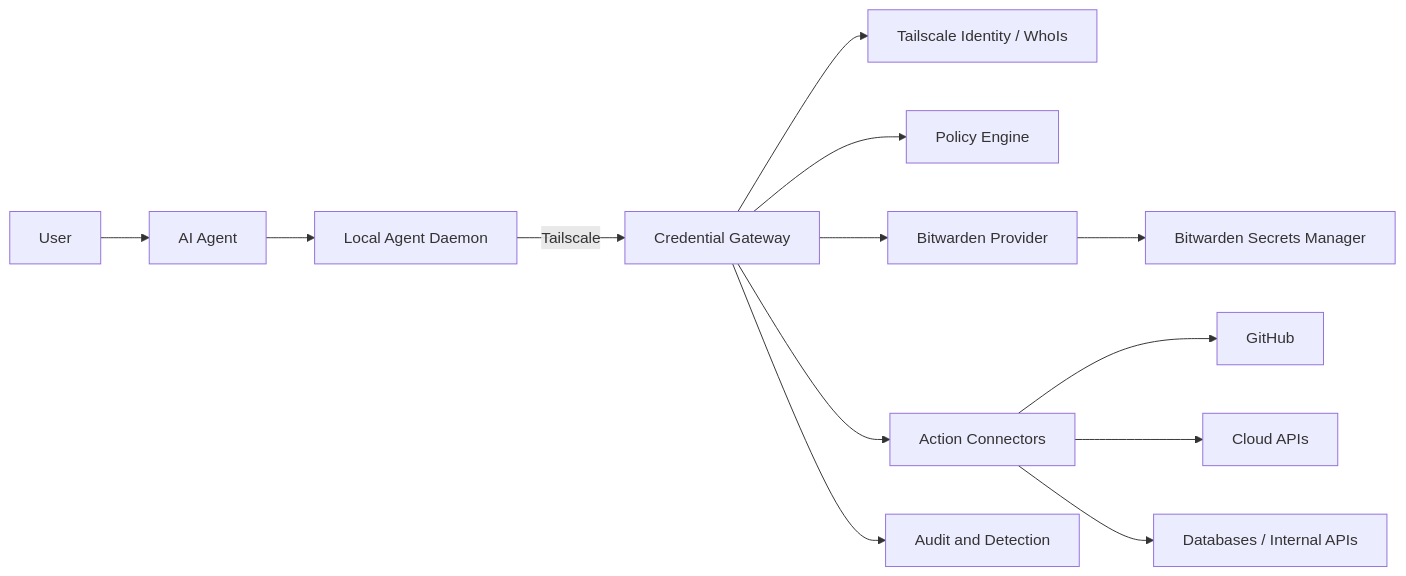
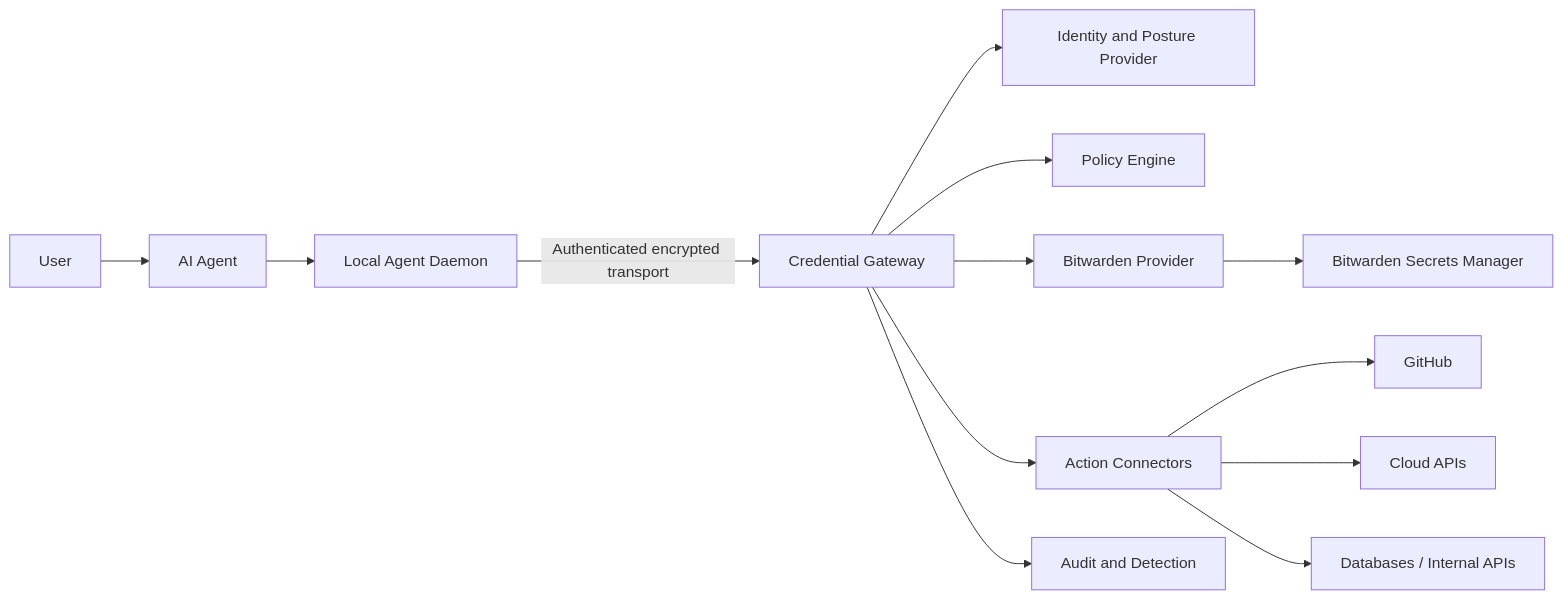
Before and after one commit to carloscn/agent-credential-firewall: the first of 2 diagrams in docs/design.md, drawn with Mermaid. The commit also changed other lines of this file and 2 other files, not shown here.

Commit message:
docs: move Tailscale to deployment use case

````diff
--- a/docs/design.md
+++ b/docs/design.md
@@ -98,15 +98,15 @@
 ```mermaid
 flowchart LR
     U[User] --> A[AI Agent]
     A --> D[Local Agent Daemon]
-    D -->|Tailscale| G[Credential Gateway]
-    G --> I[Tailscale Identity / WhoIs]
+    D -->|Authenticated encrypted transport| G[Credential Gateway]
+    G --> I[Identity and Posture Provider]
     G --> P[Policy Engine]
     G --> B[Bitwarden Provider]
     B --> BW[Bitwarden Secrets Manager]
     G --> X[Action Connectors]
     X --> GH[GitHub]
     X --> C[Cloud APIs]
     X --> DB[Databases / Internal APIs]
     G --> E[Audit and Detection]
 ```
````
